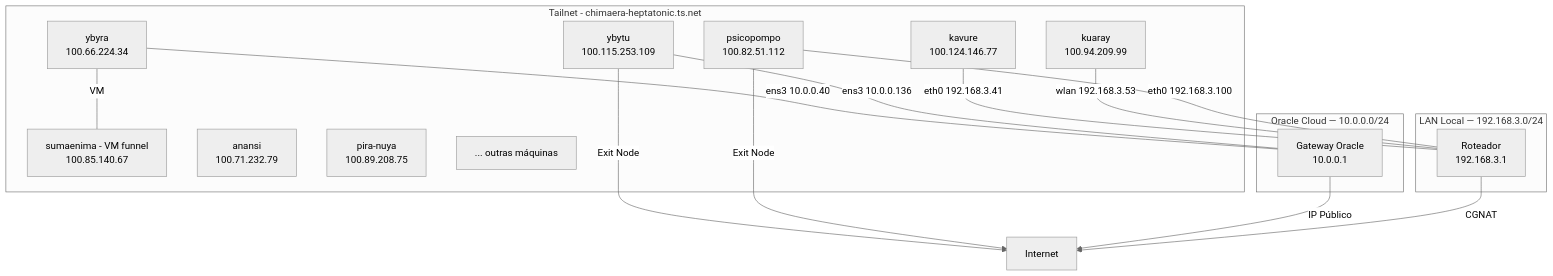
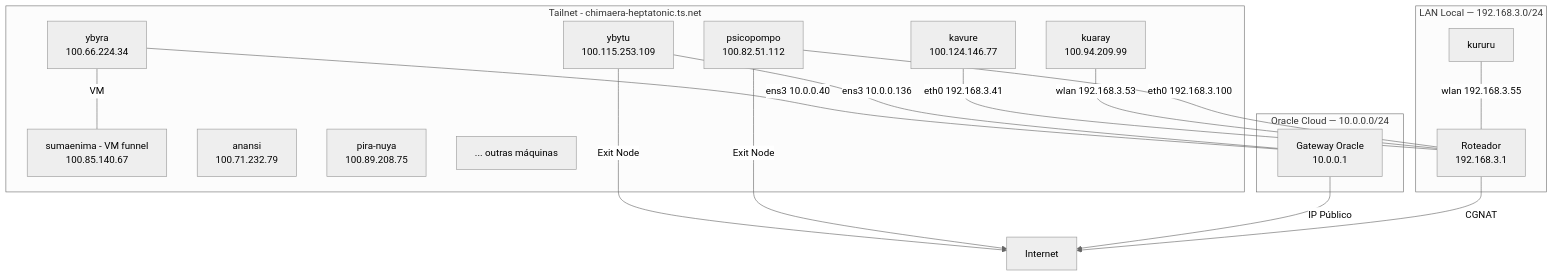
The diagram in network/topology.md (ceduardorodrig/MNEMOCINE), drawn with Mermaid (neutral theme) before and after one commit. The commit also changed other lines of this file and 87 other files, not shown here.

````diff
--- a/network/topology.md
+++ b/network/topology.md
@@ -23,35 +24,36 @@
 ```mermaid
 graph TB
     internet[Internet]
 
     subgraph tailnet[Tailnet - chimaera-heptatonic.ts.net]
         psicopompo[psicopompo<br>100.82.51.112]
         kuaray[kuaray<br>100.94.209.99]
         ybytu[ybytu<br>100.115.253.109]
         ybyra[ybyra<br>100.66.224.34]
         kavure[kavure<br>100.124.146.77]
         sumaenima[sumaenima - VM funnel<br>100.85.140.67]
         anansi[anansi<br>100.71.232.79]
         pira_nuya[pira-nuya<br>100.89.208.75]
         outras[... outras máquinas]
     end
 
     subgraph lan[LAN Local — 192.168.3.0/24]
         roteador[Roteador<br>192.168.3.1]
         psicopompo ---|eth0 192.168.3.100| roteador
         kuaray ---|wlan 192.168.3.53| roteador
         kavure ---|eth0 192.168.3.41| roteador
+        kururu ---|wlan 192.168.3.55| roteador
     end
 
     subgraph oracle[Oracle Cloud — 10.0.0.0/24]
         ybytu ---|ens3 10.0.0.136| oracle_gw[Gateway Oracle<br>10.0.0.1]
         ybyra ---|ens3 10.0.0.40| oracle_gw
         ybyra ---|VM| sumaenima
     end
 
     roteador -->|CGNAT| internet
     oracle_gw -->|IP Público| internet
 
     psicopompo -->|Exit Node| internet
     ybytu -->|Exit Node| internet
 ```
````
